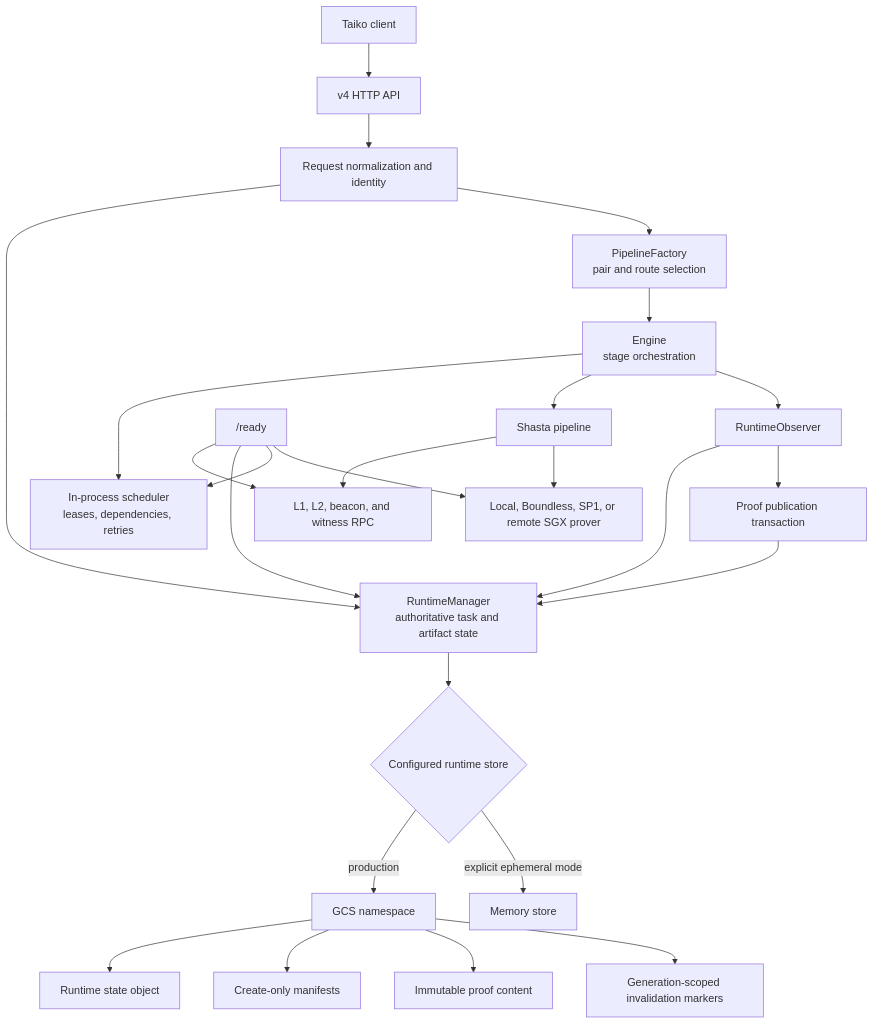
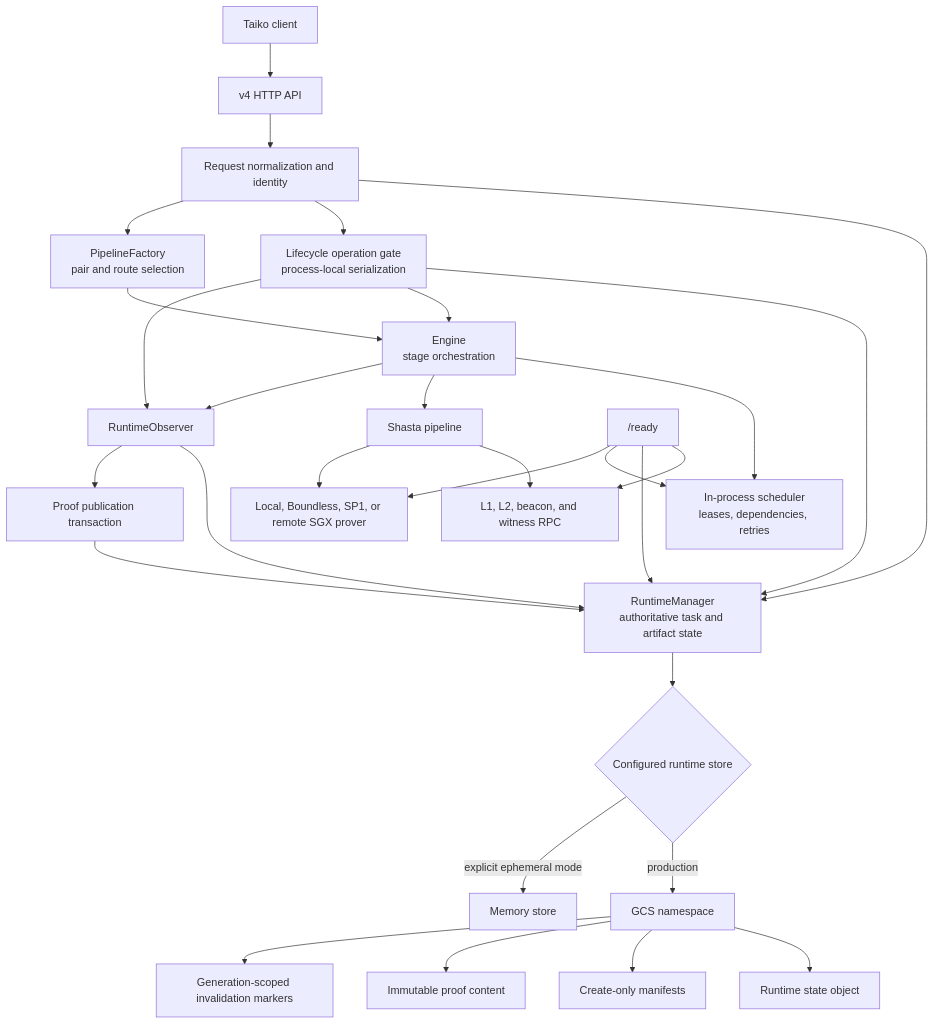
One commit to taikoxyz/raiko2 changed the first of 11 diagrams in docs/architecture.md. Above: the diagram before and after it, drawn with Mermaid. The commit also changed other lines of this file and 12 other files, not shown here.

First line of the commit message:
fix(runtime): serialize lifecycle operations globally

````diff
--- a/docs/architecture.md
+++ b/docs/architecture.md
@@ -40,32 +43,36 @@
 ```mermaid
 flowchart TB
   Client["Taiko client"] --> API["v4 HTTP API"]
   API --> Identity["Request normalization and identity"]
   Identity --> Runtime["RuntimeManager<br/>authoritative task and artifact state"]
+  Identity --> OperationGate["Lifecycle operation gate<br/>process-local serialization"]
   Identity --> Factory["PipelineFactory<br/>pair and route selection"]
 
   Factory --> Engine["Engine<br/>stage orchestration"]
   Engine --> Queue["In-process scheduler<br/>leases, dependencies, retries"]
   Engine --> Pipeline["Shasta pipeline"]
   Pipeline --> RPC["L1, L2, beacon, and witness RPC"]
   Pipeline --> Prover["Local, Boundless, SP1, or remote SGX prover"]
 
   Engine --> Observer["RuntimeObserver"]
+  OperationGate --> Runtime
+  OperationGate --> Engine
+  OperationGate --> Observer
   Observer --> Runtime
   Observer --> ArtifactCommit["Proof publication transaction"]
   ArtifactCommit --> Runtime
 
   Runtime --> Store{"Configured runtime store"}
   Store -->|production| GCS["GCS namespace"]
   Store -->|explicit ephemeral mode| Memory["Memory store"]
 
   GCS --> State["Runtime state object"]
   GCS --> Manifest["Create-only manifests"]
   GCS --> Content["Immutable proof content"]
   GCS --> Tombstone["Generation-scoped invalidation markers"]
 
   Ready["/ready"] --> RPC
   Ready --> Runtime
   Ready --> Queue
   Ready --> Prover
 ```
````
